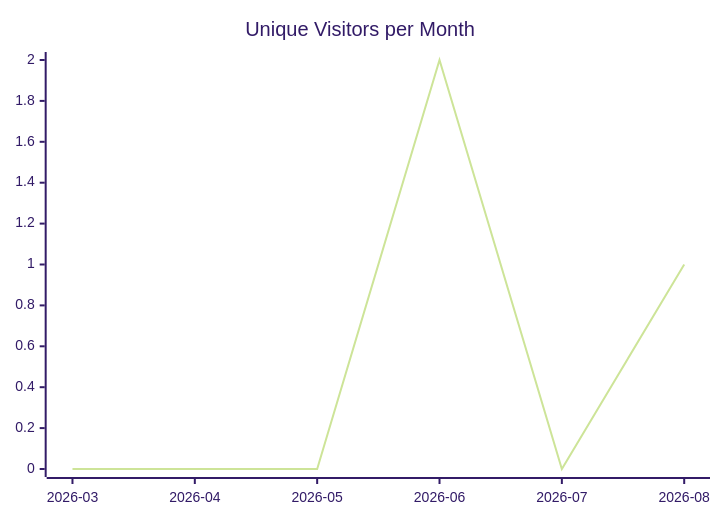
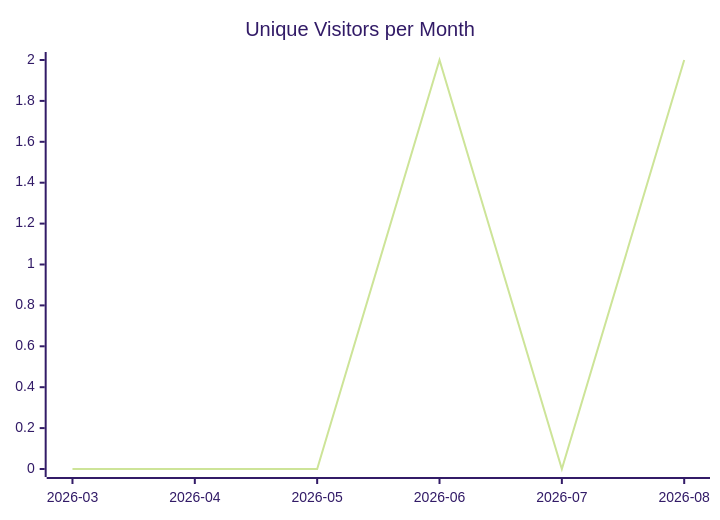
One commit to justdavis-family/github-analytics-data changed the first of 3 diagrams in karlmdavis/ansible-role-ldap/README.md. Above: the diagram before and after it, drawn with Mermaid (forest theme). The commit also changed other lines of this file and 192 other files, not shown here.

````diff
--- a/karlmdavis/ansible-role-ldap/README.md
+++ b/karlmdavis/ansible-role-ldap/README.md
@@ -5,6 +5,6 @@
 ```mermaid
 xychart-beta
   title "Unique Visitors per Month"
   x-axis ["2026-03", "2026-04", "2026-05", "2026-06", "2026-07", "2026-08"]
-  line [0, 0, 0, 2, 0, 1]
+  line [0, 0, 0, 2, 0, 2]
 ```
````
